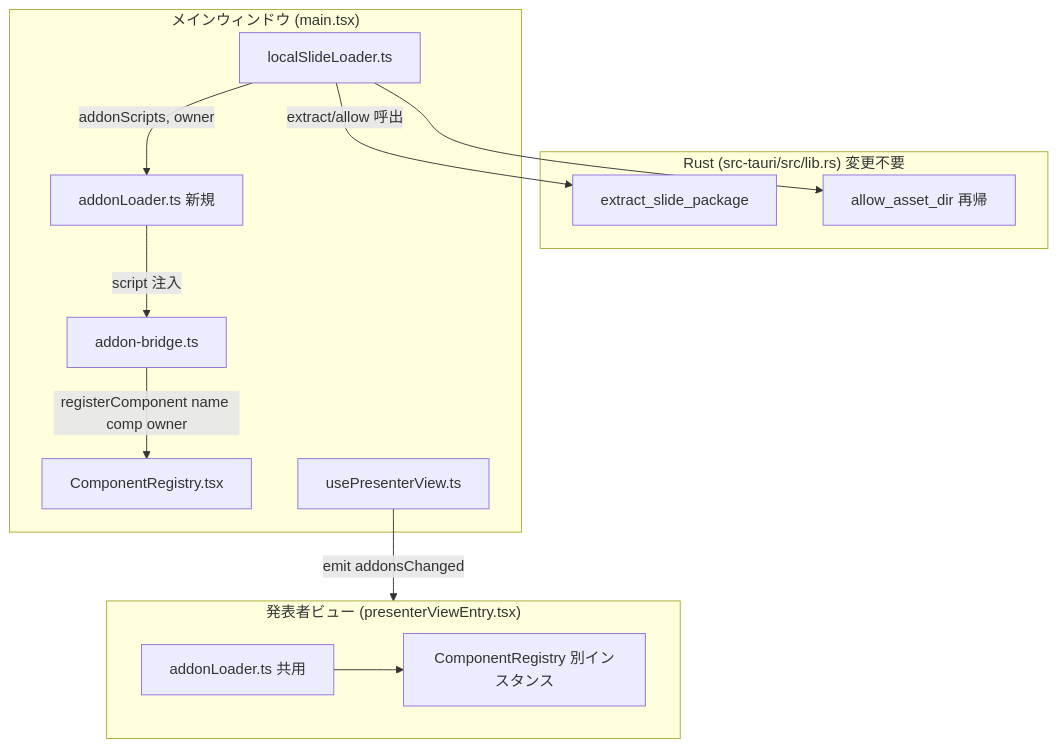
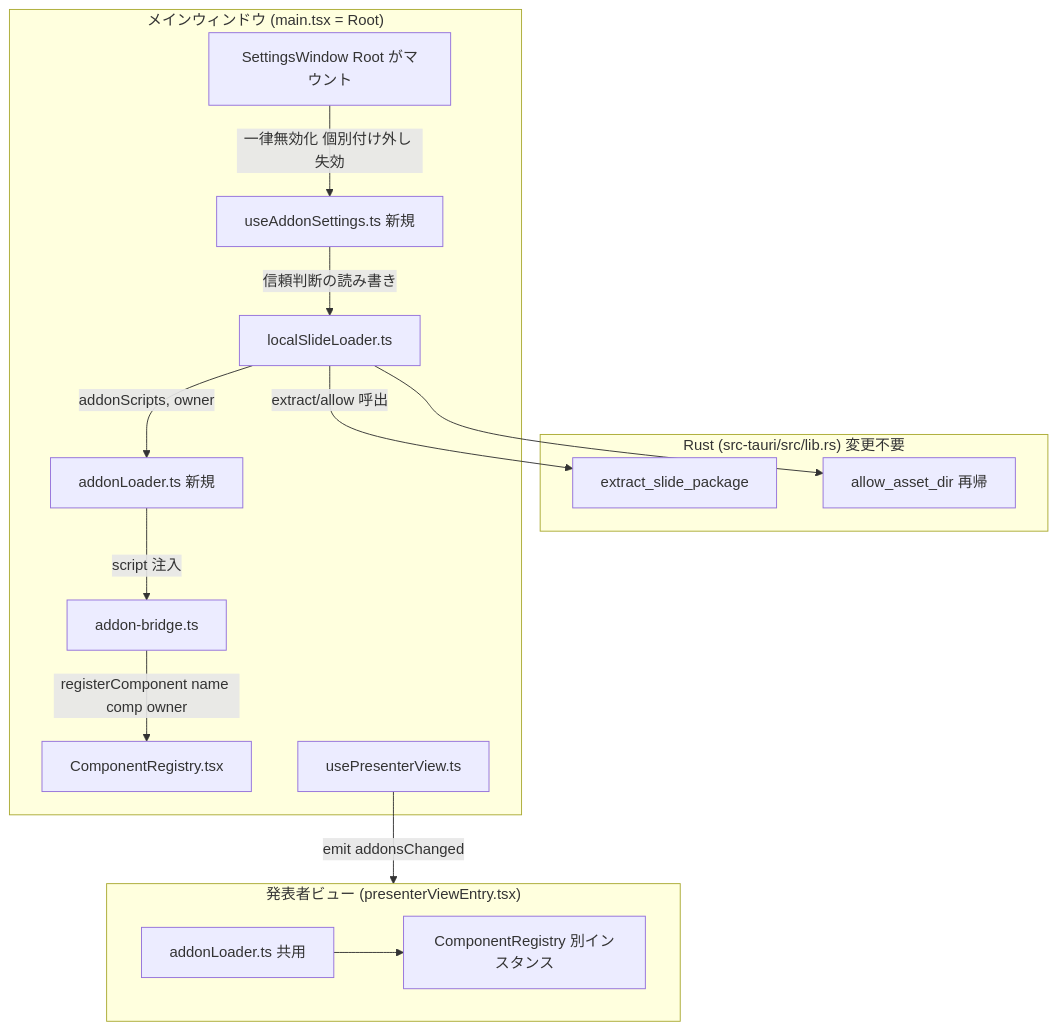
One commit to ToshikiImagawa/slide-presentation-app changed the diagram in .sdd/specification/package-embedded-addon_design.md. Above: the diagram before and after it, drawn with Mermaid. The commit also changed other lines of this file and 26 other files, not shown here.

````diff
--- a/.sdd/specification/package-embedded-addon_design.md
+++ b/.sdd/specification/package-embedded-addon_design.md
@@ -83,26 +84,30 @@
 ```mermaid
 graph TD
     subgraph Rust["Rust (src-tauri/src/lib.rs) 変更不要"]
         EX[extract_slide_package]
         AL[allow_asset_dir 再帰]
     end
-    subgraph Main["メインウィンドウ (main.tsx)"]
+    subgraph Main["メインウィンドウ (main.tsx = Root)"]
         LSL[localSlideLoader.ts]
         LOADER[addonLoader.ts 新規]
         BRIDGE[addon-bridge.ts]
         REG[ComponentRegistry.tsx]
         PV[usePresenterView.ts]
+        HOOK[useAddonSettings.ts 新規]
+        SW[SettingsWindow Root がマウント]
     end
     subgraph Presenter["発表者ビュー (presenterViewEntry.tsx)"]
         PLOADER[addonLoader.ts 共用]
         PREG[ComponentRegistry 別インスタンス]
     end
 
     LSL -->|extract/allow 呼出| EX
     LSL --> AL
     LSL -->|addonScripts, owner| LOADER
     LOADER -->|script 注入| BRIDGE
     BRIDGE -->|registerComponent name comp owner| REG
     PV -->|emit addonsChanged| Presenter
     PLOADER --> PREG
+    SW -->|一律無効化 個別付け外し 失効| HOOK
+    HOOK -->|信頼判断の読み書き| LSL
 ```
````
